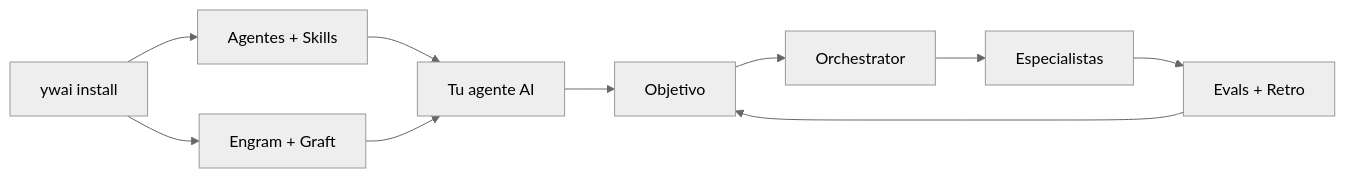
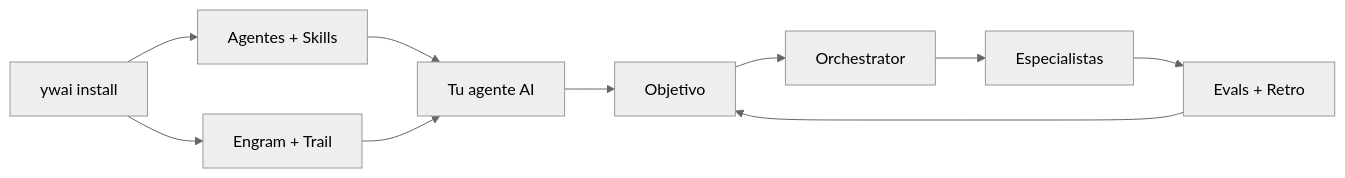
The diagram in docs/src/content/docs/index.mdx (YoizenSA/dev-ai-workflow), drawn with Mermaid (neutral theme) before and after one commit. The commit also changed other lines of this file and 72 other files, not shown here.

First line of the commit message:
feat(ywai)!: migrate graft to trail

````diff
--- a/docs/src/content/docs/index.mdx
+++ b/docs/src/content/docs/index.mdx
@@ -24,12 +24,12 @@
 ```mermaid
 flowchart LR
     A[ywai install] --> B[Agentes + Skills]
-    A --> C[Engram + Graft]
+    A --> C[Engram + Trail]
     B --> D[Tu agente AI]
     C --> D
     D --> E[Objetivo]
     E --> F[Orchestrator]
     F --> G[Especialistas]
     G --> H[Evals + Retro]
     H --> E
 ```
````
